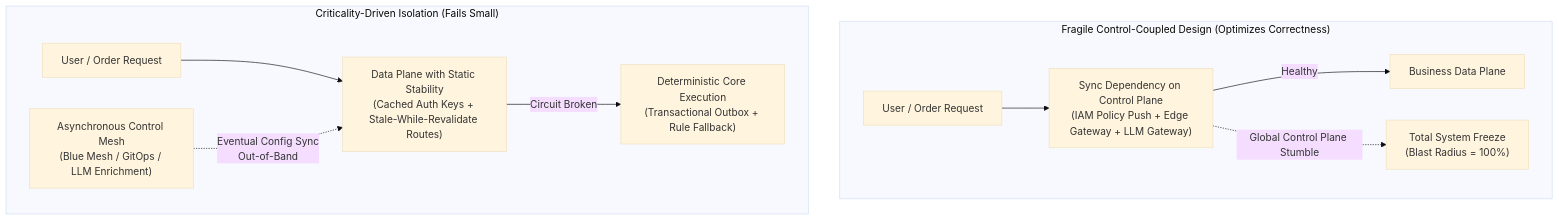
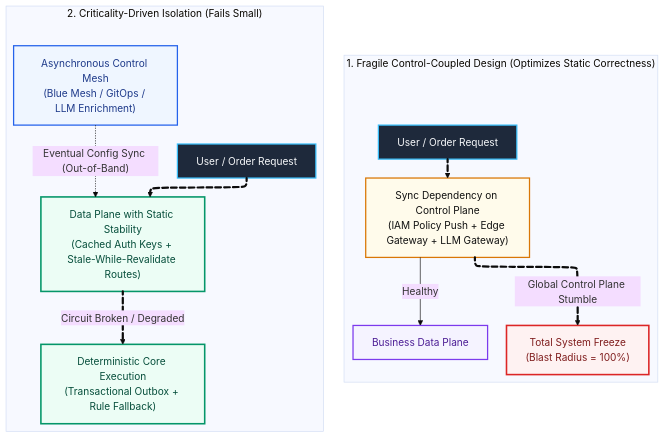
The first of 2 diagrams in src/content/blog/red-stack-blue-mesh-and-control-plane-fragility.md (kumarshaz/kumarshaz.github.io), drawn with Mermaid (base theme) before and after one commit. The commit also changed other lines of this file and 22 other files, not shown here.

Commit message:
feat(blog): review 6 new posts, add hero banners, and upgrade Mermaid v12 with ELK & Tidy-Tree

````diff
--- a/src/content/blog/red-stack-blue-mesh-and-control-plane-fragility.md
+++ b/src/content/blog/red-stack-blue-mesh-and-control-plane-fragility.md
@@ -81,14 +76,40 @@
 ```mermaid
+---
+config:
+  layout: elk
+---
 flowchart TD
-    subgraph Idealized["Fragile Control-Coupled Design (Optimizes Correctness)"]
-        U1["User / Order Request"] --> CP1["Sync Dependency on Control Plane\n(IAM Policy Push + Edge Gateway + LLM Gateway)"]
-        CP1 -->|Healthy| DP1["Business Data Plane"]
-        CP1 -.->|Global Control Plane Stumble| Outage["Total System Freeze\n(Blast Radius = 100%)"]
+    subgraph Idealized["1. Fragile Control-Coupled Design (Optimizes Static Correctness)"]
+        U1["User / Order Request"]:::intakeNode
+        CP1["Sync Dependency on Control Plane\n(IAM Policy Push + Edge Gateway + LLM Gateway)"]:::warnNode
+        DP1["Business Data Plane"]:::codeNode
+        Outage["Total System Freeze\n(Blast Radius = 100%)"]:::dangerNode
     end
 
-    subgraph Resilient["Criticality-Driven Isolation (Fails Small)"]
-        U2["User / Order Request"] --> Edge["Data Plane with Static Stability\n(Cached Auth Keys + Stale-While-Revalidate Routes)"]
-        Control["Asynchronous Control Mesh\n(Blue Mesh / GitOps / LLM Enrichment)"] -.->|Eventual Config Sync\nOut-of-Band| Edge
-        Edge -->|Circuit Broken| Fallback["Deterministic Core Execution\n(Transactional Outbox + Rule Fallback)"]
+    subgraph Resilient["2. Criticality-Driven Isolation (Fails Small)"]
+        U2["User / Order Request"]:::intakeNode
+        Edge["Data Plane with Static Stability\n(Cached Auth Keys + Stale-While-Revalidate Routes)"]:::safeNode
+        Control["Asynchronous Control Mesh\n(Blue Mesh / GitOps / LLM Enrichment)"]:::gateNode
+        Fallback["Deterministic Core Execution\n(Transactional Outbox + Rule Fallback)"]:::safeNode
     end
+
+    U1 e1@==> CP1
+    CP1 e2@-->|"Healthy"| DP1
+    CP1 e3@==>|"Global Control Plane Stumble"| Outage
+
+    U2 e4@==> Edge
+    Control e5@-.->|"Eventual Config Sync (Out-of-Band)"| Edge
+    Edge e6@==>|"Circuit Broken / Degraded"| Fallback
+
+    e1@{ animate: true }
+    e3@{ animate: true }
+    e4@{ animate: true }
+    e6@{ animate: true }
+
+    classDef intakeNode fill:#1E293B,stroke:#38BDF8,stroke-width:2px,color:#F8FAFC
+    classDef warnNode fill:#FFFBEB,stroke:#D97706,stroke-width:2px,color:#111111
+    classDef dangerNode fill:#FEF2F2,stroke:#DC2626,stroke-width:2.5px,color:#7F1D1D
+    classDef codeNode fill:#F5F3FF,stroke:#7C3AED,stroke-width:2px,color:#4C1D95
+    classDef gateNode fill:#EFF6FF,stroke:#2563EB,stroke-width:2px,color:#1E3A8A
+    classDef safeNode fill:#ECFDF5,stroke:#059669,stroke-width:2.5px,color:#064E3B
 ```
````
